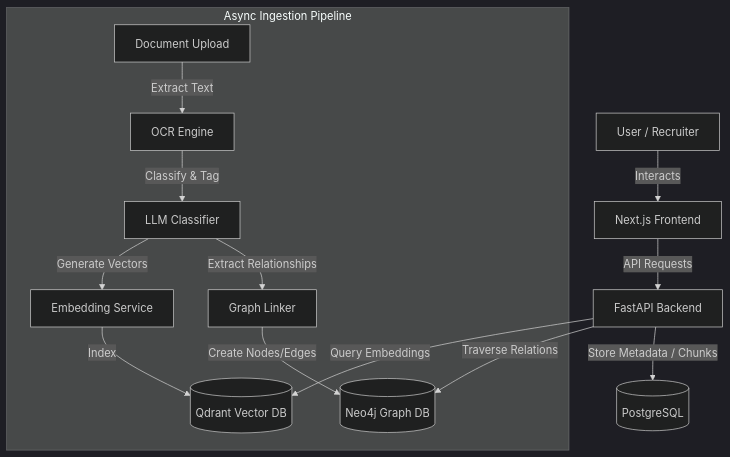
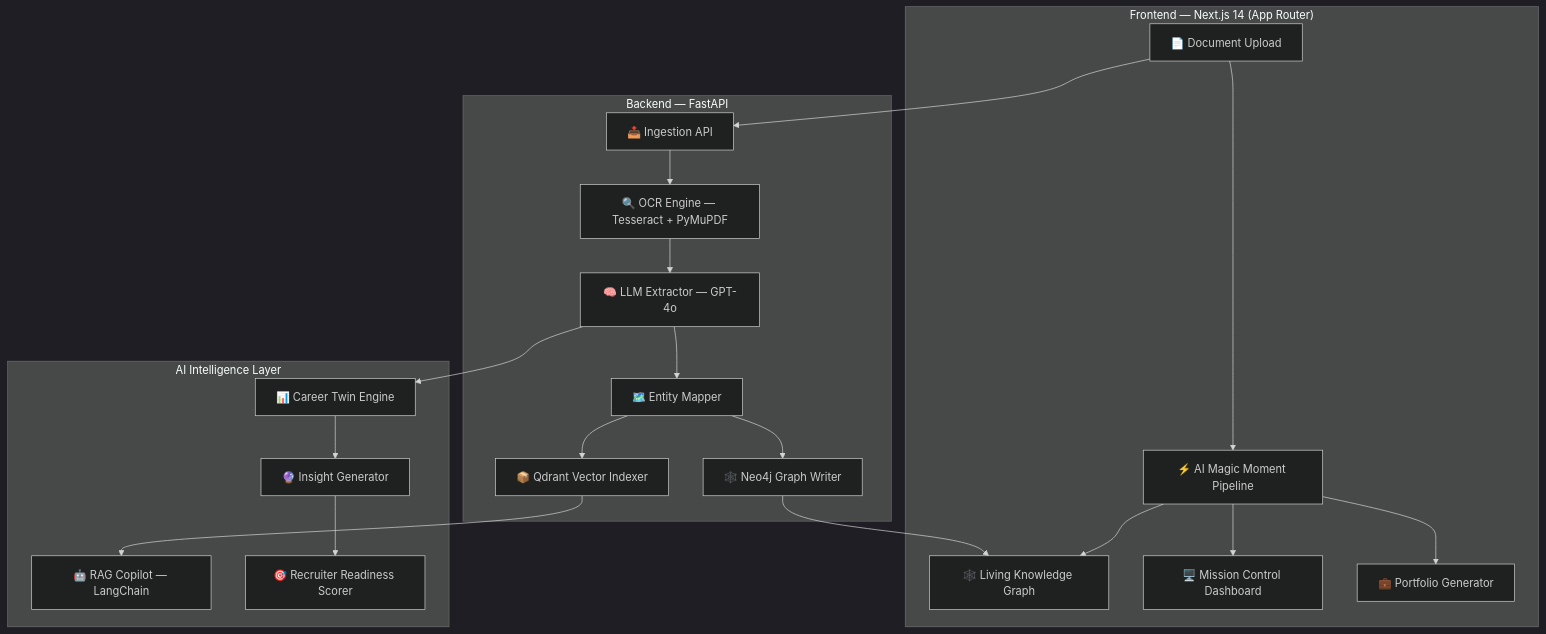
One commit to sapnajha757/Digital-identity-system changed the diagram in README.md. Above: the diagram before and after it, drawn with Mermaid (dark theme). The commit also changed other lines of this file and 34 other files, not shown here.

````diff
--- a/README.md
+++ b/README.md
@@ -44,17 +42,31 @@
 ```mermaid
-graph TD
-    A[User / Recruiter] -->|Interacts| B[Next.js Frontend]
-    B -->|API Requests| C[FastAPI Backend]
-    C -->|Store Metadata / Chunks| D[(PostgreSQL)]
-    C -->|Query Embeddings| E[(Qdrant Vector DB)]
-    C -->|Traverse Relations| F[(Neo4j Graph DB)]
-    
-    subgraph Ingestion Pipeline [Async Ingestion Pipeline]
-        G[Document Upload] -->|Extract Text| H[OCR Engine]
-        H -->|Classify & Tag| I[LLM Classifier]
-        I -->|Generate Vectors| J[Embedding Service]
-        I -->|Extract Relationships| K[Graph Linker]
-        J -->|Index| E
-        K -->|Create Nodes/Edges| F
+graph TB
+    subgraph Frontend ["Frontend — Next.js 14 (App Router)"]
+        A[📄 Document Upload] --> B[⚡ AI Magic Moment Pipeline]
+        B --> C[🕸️ Living Knowledge Graph]
+        B --> D[🖥️ Mission Control Dashboard]
+        B --> E[💼 Portfolio Generator]
     end
+
+    subgraph Backend ["Backend — FastAPI"]
+        F[📥 Ingestion API] --> G[🔍 OCR Engine — Tesseract + PyMuPDF]
+        G --> H[🧠 LLM Extractor — GPT-4o]
+        H --> I[🗺️ Entity Mapper]
+        I --> J[🕸️ Neo4j Graph Writer]
+        I --> K[📦 Qdrant Vector Indexer]
+    end
+
+    subgraph AI ["AI Intelligence Layer"]
+        L[🤖 RAG Copilot — LangChain]
+        M[📊 Career Twin Engine]
+        N[🔮 Insight Generator]
+        O[🎯 Recruiter Readiness Scorer]
+    end
+
+    A --> F
+    J --> C
+    K --> L
+    H --> M
+    M --> N
+    N --> O
 ```
````
